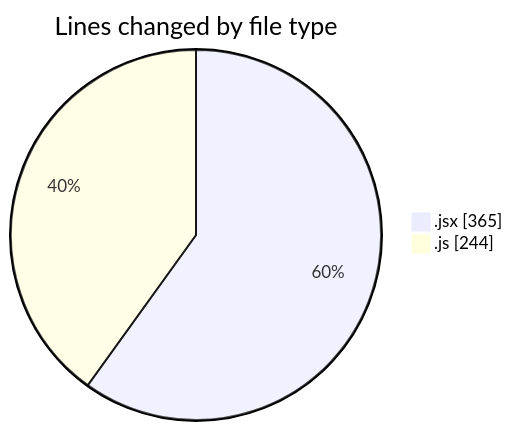
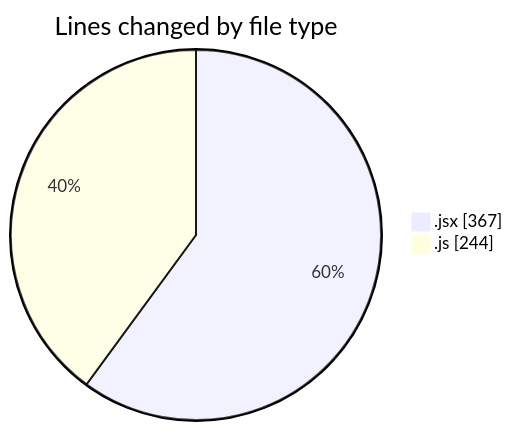
One commit to nxtqubesakshisongat/code-tracking changed the first of 2 diagrams in 2025-12-14/nxtqube_webapp/README.md. Above: the diagram before and after it, drawn with Mermaid. The commit also changed other lines of this file and 1 other file, not shown here.

````diff
--- a/2025-12-14/nxtqube_webapp/README.md
+++ b/2025-12-14/nxtqube_webapp/README.md
@@ -22,6 +22,6 @@
 ```mermaid
 pie showData
 title Lines changed by file type
-".jsx" : 365
+".jsx" : 367
 ".js" : 244
 ```
````
